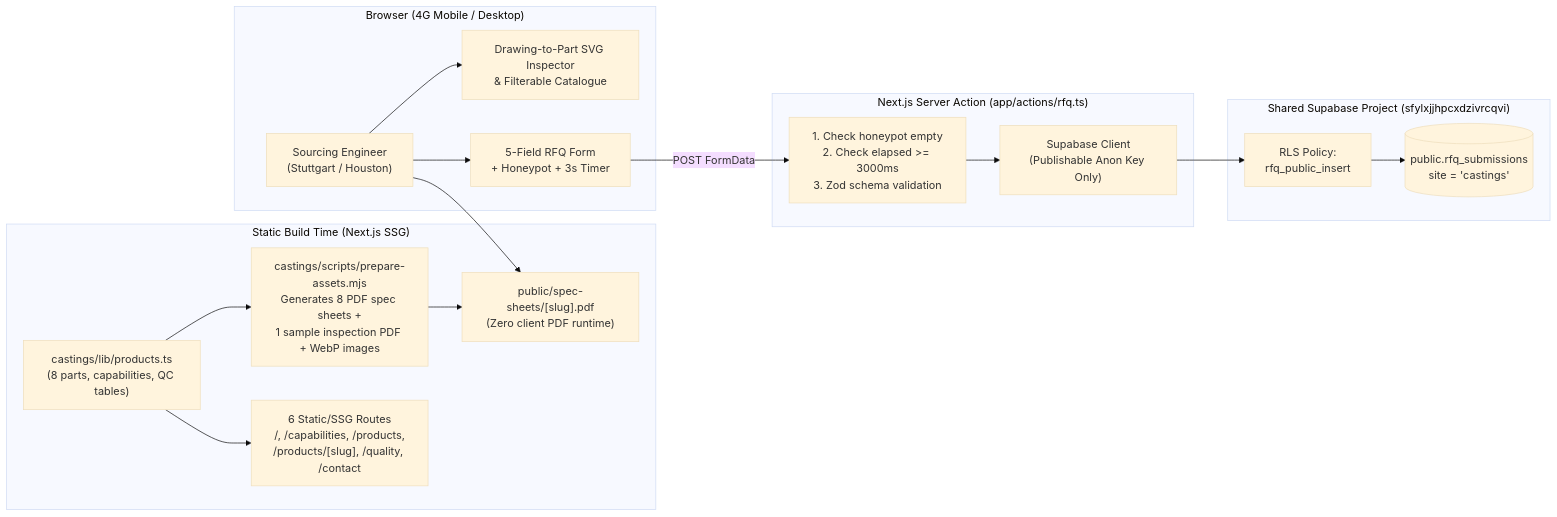
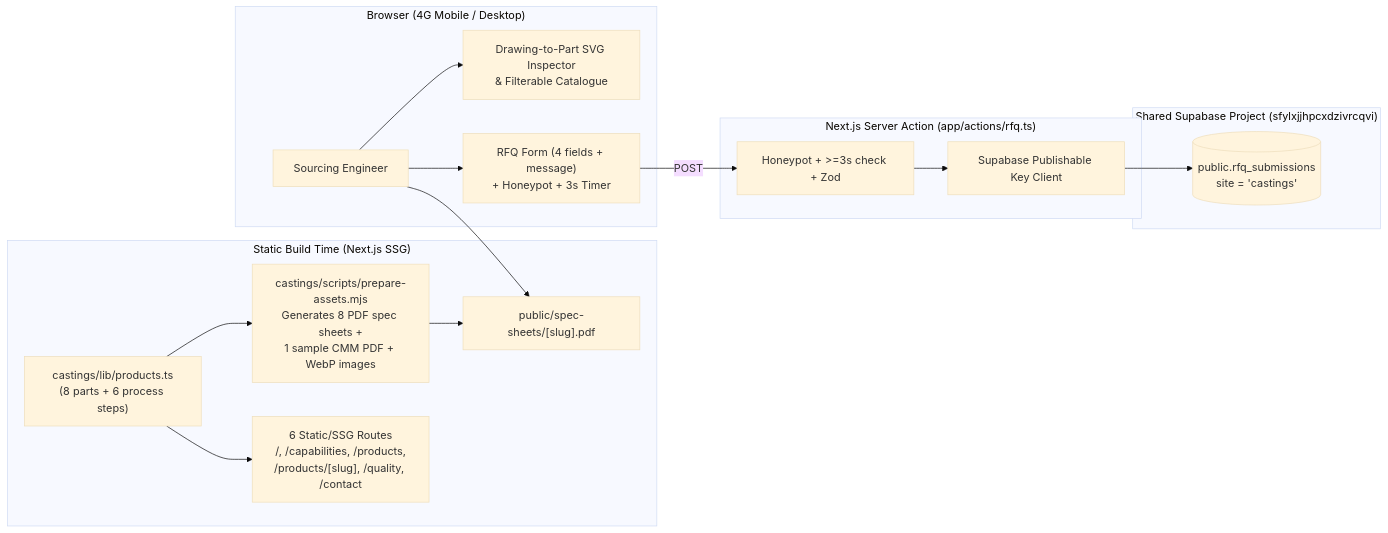
Before and after one commit to drajiv-stack/website-demos: the diagram in docs/castings/plan.md, drawn with Mermaid (base theme). The commit also changed other lines of this file and 1 other file, not shown here.

Commit message:
style(spices): set hero video overlay transparency to 10% and update castings plan for content diet

````diff
--- a/docs/castings/plan.md
+++ b/docs/castings/plan.md
@@ -130,32 +145,31 @@
 ```mermaid
 flowchart LR
   subgraph BuildTime["Static Build Time (Next.js SSG)"]
-    Data["castings/lib/products.ts\n(8 parts, capabilities, QC tables)"]
-    PDFScript["castings/scripts/prepare-assets.mjs\nGenerates 8 PDF spec sheets +\n1 sample inspection PDF + WebP images"]
+    Data["castings/lib/products.ts\n(8 parts + 6 process steps)"]
+    PDFScript["castings/scripts/prepare-assets.mjs\nGenerates 8 PDF spec sheets +\n1 sample CMM PDF + WebP images"]
     Pages["6 Static/SSG Routes\n/, /capabilities, /products,\n/products/[slug], /quality, /contact"]
-    PDFs["public/spec-sheets/[slug].pdf\n(Zero client PDF runtime)"]
+    PDFs["public/spec-sheets/[slug].pdf"]
     Data --> Pages
     Data --> PDFScript --> PDFs
   end
 
   subgraph Client["Browser (4G Mobile / Desktop)"]
-    Visitor["Sourcing Engineer\n(Stuttgart / Houston)"]
+    Visitor["Sourcing Engineer"]
     Inspector["Drawing-to-Part SVG Inspector\n& Filterable Catalogue"]
-    Form["5-Field RFQ Form\n+ Honeypot + 3s Timer"]
+    Form["RFQ Form (4 fields + message)\n+ Honeypot + 3s Timer"]
     Visitor --> Inspector
     Visitor --> PDFs
     Visitor --> Form
   end
 
   subgraph Server["Next.js Server Action (app/actions/rfq.ts)"]
-    Validate["1. Check honeypot empty\n2. Check elapsed >= 3000ms\n3. Zod schema validation"]
-    AnonClient["Supabase Client\n(Publishable Anon Key Only)"]
-    Form -->|POST FormData| Validate --> AnonClient
+    Validate["Honeypot + >=3s check + Zod"]
+    AnonClient["Supabase Publishable Key Client"]
+    Form -->|POST| Validate --> AnonClient
   end
 
   subgraph Database["Shared Supabase Project (sfylxjjhpcxdzivrcqvi)"]
-    RLS["RLS Policy:\nrfq_public_insert"]
     Table[("public.rfq_submissions\nsite = 'castings'")]
-    AnonClient --> RLS --> Table
+    AnonClient --> Table
   end
 ```
````
